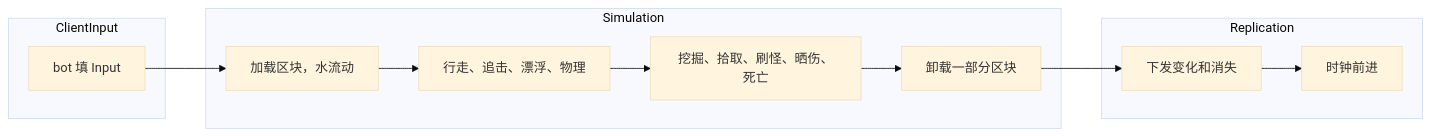
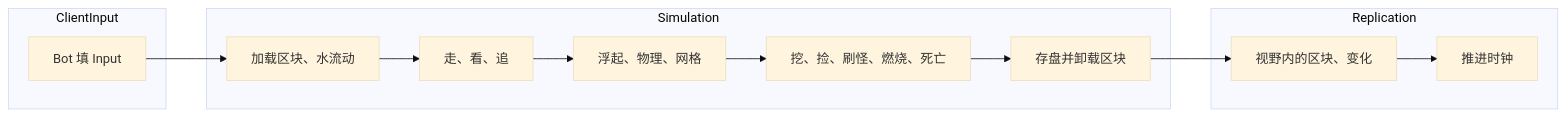
The diagram in docs/content/samples/voxel-server.zh.mdx (JasonXuDeveloper/EasyEcs), drawn with Mermaid (base theme) before and after one commit. The commit also changed other lines of this file and 5 other files, not shown here.

````diff
--- a/docs/content/samples/voxel-server.zh.mdx
+++ b/docs/content/samples/voxel-server.zh.mdx
@@ -55,16 +54,17 @@
 ```mermaid
 flowchart LR
   subgraph ClientInput
-    input[bot 填 Input]
+    input[Bot 填 Input]
   end
   subgraph Simulation
-    world[加载区块，水流动] --> move[行走、追击、漂浮、物理]
-    move --> rules[挖掘、拾取、刷怪、晒伤、死亡]
-    rules --> unload[卸载一部分区块]
+    world[加载区块、水流动] --> sight[走、看、追]
+    sight --> move[浮起、物理、网格]
+    move --> rules[挖、捡、刷怪、燃烧、死亡]
+    rules --> unload[存盘并卸载区块]
   end
   subgraph Replication
-    send[下发变化和消失] --> clock[时钟前进]
+    send[视野内的区块、变化] --> clock[推进时钟]
   end
   input --> world
   unload --> send
 ```
````
